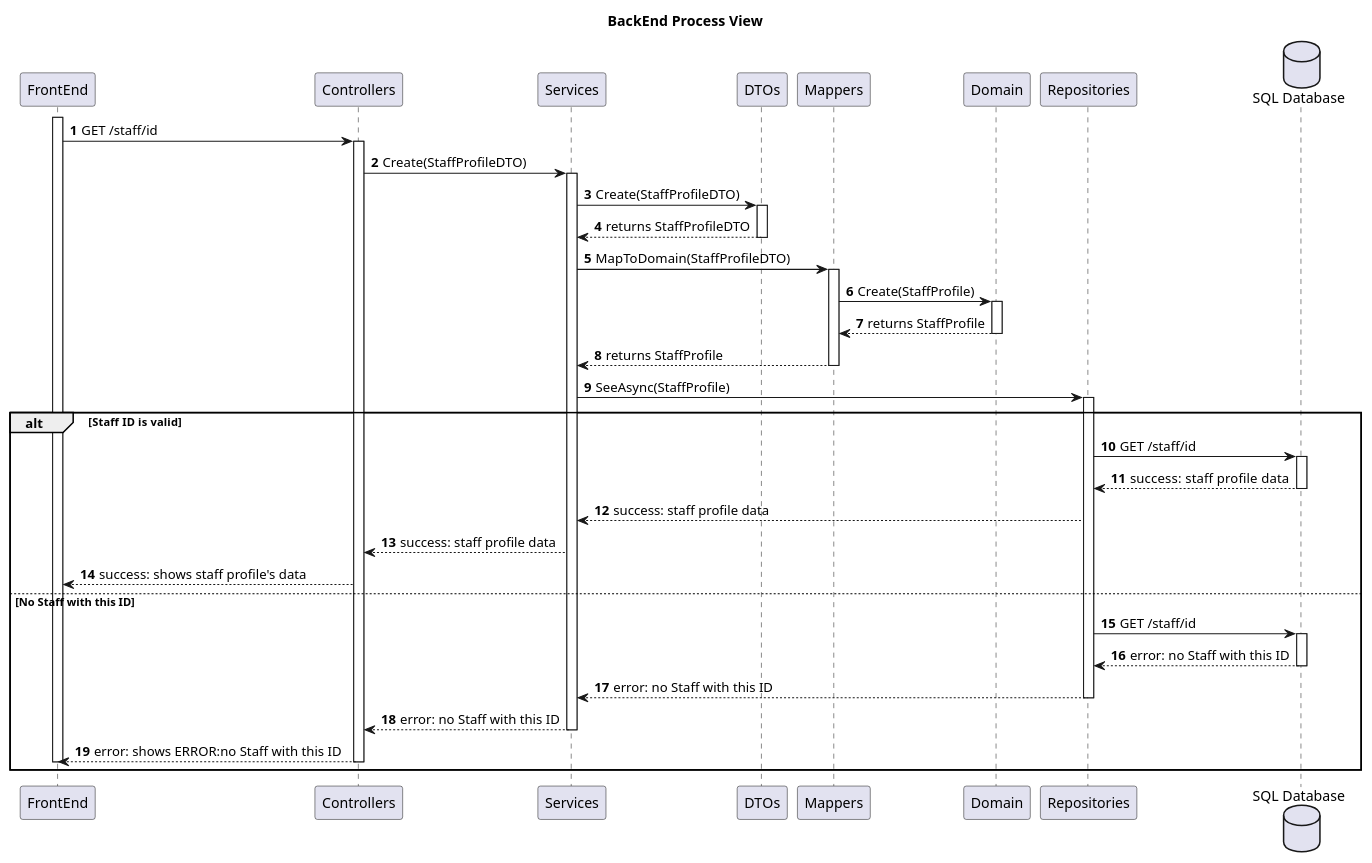
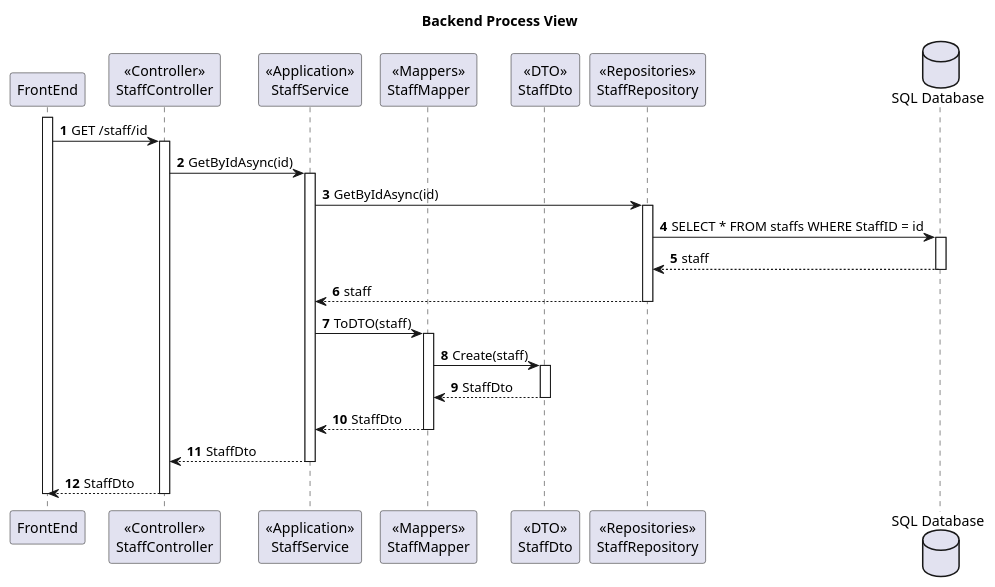
Before and after one commit to MiguelCardoso77/SurgicalSync-BackEnd: the diagram in Wiki/SprintA/diagrams/use-cases/23-see-staff-details/level3/backend-process-view.puml, drawn with PlantUML. The commit also changed 8 other files, not shown here.

```diff
--- a/Wiki/SprintA/diagrams/use-cases/23-see-staff-details/level3/backend-process-view.puml
+++ b/Wiki/SprintA/diagrams/use-cases/23-see-staff-details/level3/backend-process-view.puml
@@ -1,76 +1,66 @@
 @startuml
 autonumber
 
-title BackEnd Process View
+Title "Backend Process View"
 
 participant "FrontEnd" as FE
-participant "Controllers" as CN
-participant "Services" as SV
-participant "DTOs" as DTO
-participant "Mappers" as MP
-participant "Domain" as DM
-participant "Repositories" as REPO
+participant "<<Controller>>\nStaffController" as C
+participant "<<Application>>\nStaffService" as S
+participant "<<Mappers>>\nStaffMapper" as M
+participant "<<DTO>>\nStaffDto" as DTO
+participant "<<Repositories>>\nStaffRepository" as R
 database "SQL Database" as SQL
 
 activate FE
-        
-        FE -> CN : GET /staff/id
-        activate CN
-        
-        CN -> SV: Create(StaffProfileDTO)
-        activate SV
-        
-        SV -> DTO: Create(StaffProfileDTO) 
-        activate DTO
-                        
-                DTO --> SV : returns StaffProfileDTO
-            deactivate DTO
-            
-            SV -> MP : MapToDomain(StaffProfileDTO)
-            activate MP
-            
-                MP -> DM : Create(StaffProfile)
-                activate DM
-                     
-                    DM --> MP : returns StaffProfile
-                deactivate DM
-            
-                MP --> SV : returns StaffProfile
-            deactivate MP
-                
-            SV -> REPO : SeeAsync(StaffProfile)
-            activate REPO
-            
-            alt Staff ID  is valid
 
-                REPO -> SQL : GET /staff/id 
-                activate SQL
-                
-                    SQL --> REPO : success: staff profile  data
-                deactivate SQL
-                
-                REPO --> SV : success: staff profile data
-            
+FE -> C : GET /staff/id
 
-            SV --> CN : success: staff profile data
-        FE <-- CN: success: shows staff profile's data
+activate C
 
-else No Staff with this ID
+    C -> S : GetByIdAsync(id)
+    
+    activate S
+    
+    S -> R : GetByIdAsync(id)
+    
+    activate R
+    
+    R -> SQL : SELECT * FROM staffs WHERE StaffID = id
+    
+    activate SQL
+    
+    SQL --> R : staff
+    
+    deactivate SQL 
+    
+    R --> S : staff
+    
+    deactivate R
+    
+    S -> M : ToDTO(staff)
+    
+    activate M
+    
+    M -> DTO : Create(staff)
+    
+    activate DTO
+    
+    DTO --> M : StaffDto
+    
+    deactivate DTO 
+    
+    M --> S : StaffDto
+    
+    deactivate M
+    
+    S --> C : StaffDto
+    
+    deactivate S
+    
+    C --> FE : StaffDto
+    
+deactivate C
 
-                REPO -> SQL : GET /staff/id 
-                activate SQL
-                
-                    SQL --> REPO : error: no Staff with this ID
-                deactivate SQL
-                
-        REPO --> SV : error: no Staff with this ID
-            deactivate REPO
-            SV --> CN : error: no Staff with this ID
-        deactivate SV
-        FE <-- CN: error: shows ERROR:no Staff with this ID
-    deactivate CN     
-               
-deactivate FE
-end
+deactivate FE 
 
 @enduml
```
